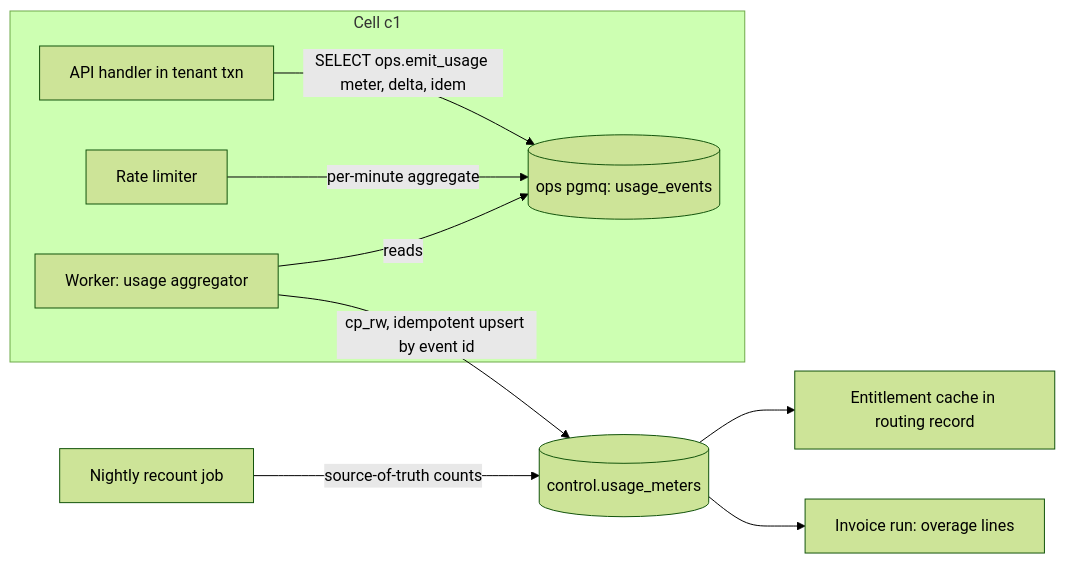
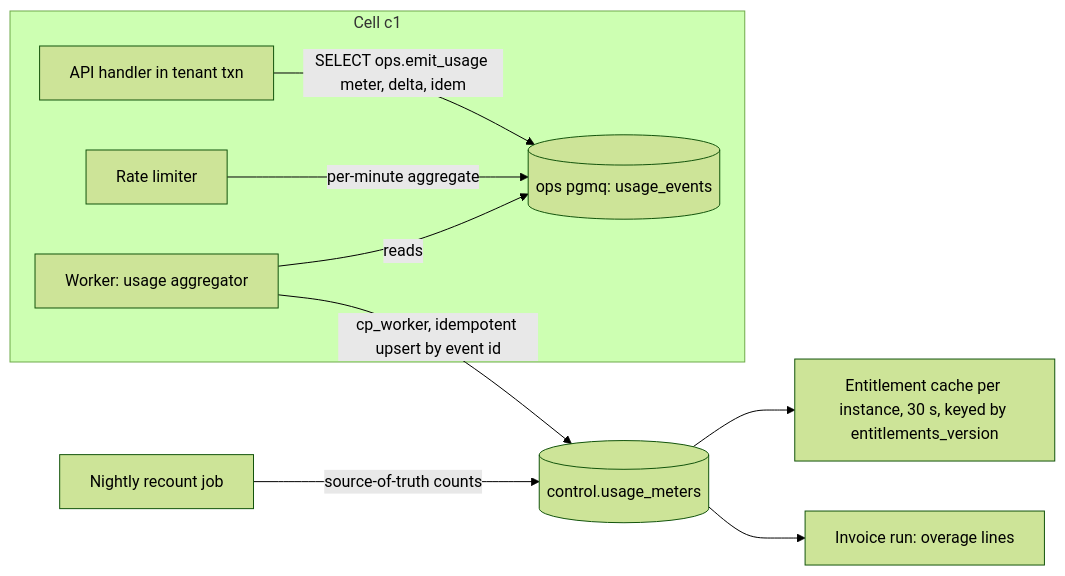
One commit to ShahidCS/Selvara changed the second of 2 diagrams in docs/architecture/backend-v2/phase2/2I-billing.md. Above: the diagram before and after it, drawn with Mermaid (forest theme). The commit also changed other lines of this file and 6 other files, not shown here.

````diff
--- a/docs/architecture/backend-v2/phase2/2I-billing.md
+++ b/docs/architecture/backend-v2/phase2/2I-billing.md
@@ -152,12 +157,12 @@
 ```mermaid
 flowchart LR
   subgraph Cell c1
     H[API handler in tenant txn] -->|SELECT ops.emit_usage meter, delta, idem| Q[(ops pgmq: usage_events)]
     RL[Rate limiter] -->|per-minute aggregate| Q
     W[Worker: usage aggregator] -->|reads| Q
   end
-  W -->|cp_rw, idempotent upsert by event id| UM[(control.usage_meters)]
+  W -->|cp_worker, idempotent upsert by event id| UM[(control.usage_meters)]
   R[Nightly recount job] -->|source-of-truth counts| UM
-  UM --> E[Entitlement cache in routing record]
+  UM --> E[Entitlement cache per instance, 30 s, keyed by entitlements_version]
   UM --> INV[Invoice run: overage lines]
 ```
````
